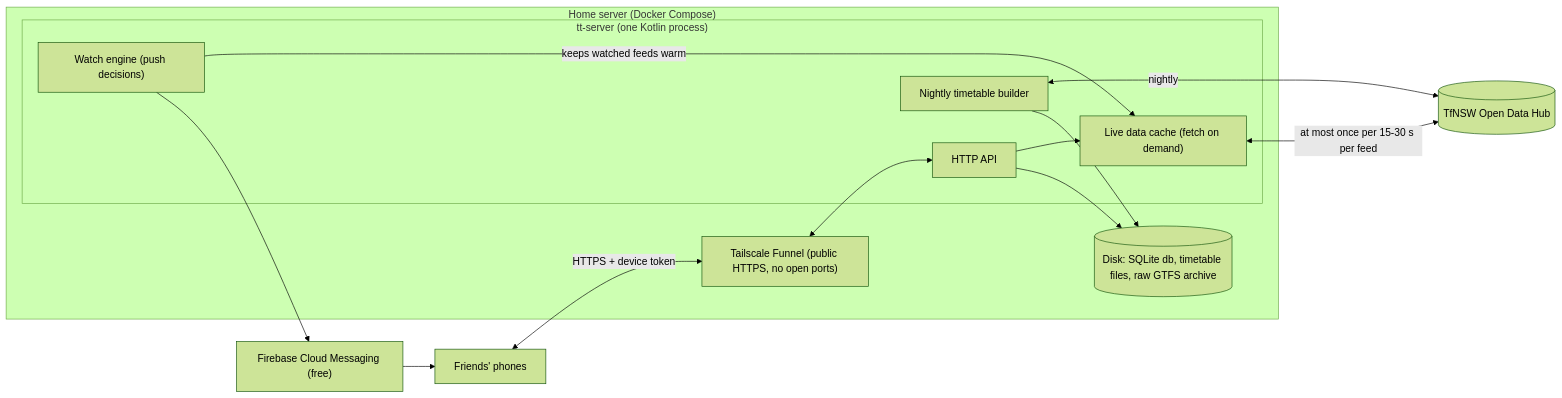
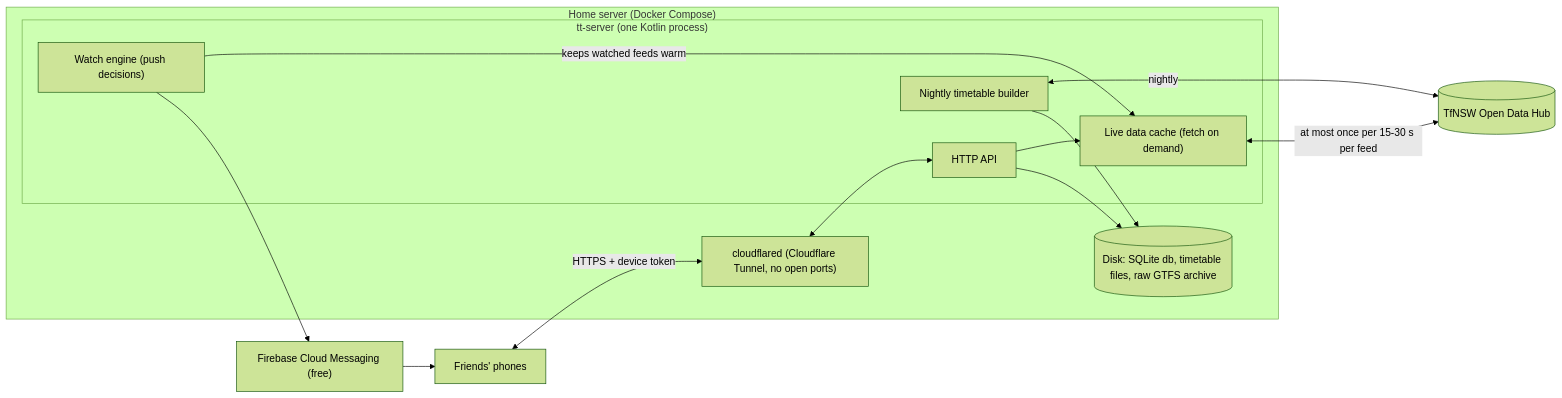
One commit to finnjones/TransitTracker changed the second of 2 diagrams in docs/transittracker-backend-plan.md. Above: the diagram before and after it, drawn with Mermaid (forest theme). The commit also changed other lines of this file and 8 other files, not shown here.

First line of the commit message:
Switch home-server exposure to Cloudflare Tunnel; add Proxmox LXC hand-off prompt

````diff
--- a/docs/transittracker-backend-plan.md
+++ b/docs/transittracker-backend-plan.md
@@ -165,24 +168,24 @@
 ```mermaid
 flowchart LR
   TfNSW[("TfNSW Open Data Hub")]
   subgraph Box["Home server (Docker Compose)"]
-    TS["Tailscale Funnel (public HTTPS, no open ports)"]
+    TS["cloudflared (Cloudflare Tunnel, no open ports)"]
     subgraph App["tt-server (one Kotlin process)"]
       Api["HTTP API"]
       Live["Live data cache (fetch on demand)"]
       Build["Nightly timetable builder"]
       Watch["Watch engine (push decisions)"]
     end
     Files[("Disk: SQLite db, timetable files, raw GTFS archive")]
   end
   FCM["Firebase Cloud Messaging (free)"]
   Phones["Friends' phones"]
 
   Phones <-->|"HTTPS + device token"| TS <--> Api
   Api --> Live <-->|"at most once per 15-30 s per feed"| TfNSW
   Watch -->|"keeps watched feeds warm"| Live
   Build <-->|"nightly"| TfNSW
   Build --> Files
   Api --> Files
   Watch --> FCM --> Phones
 ```
````
